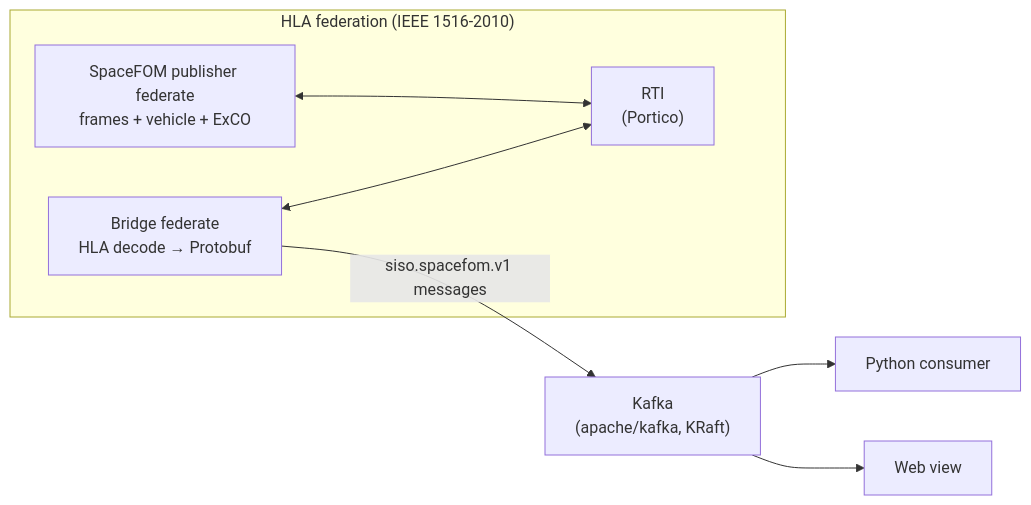
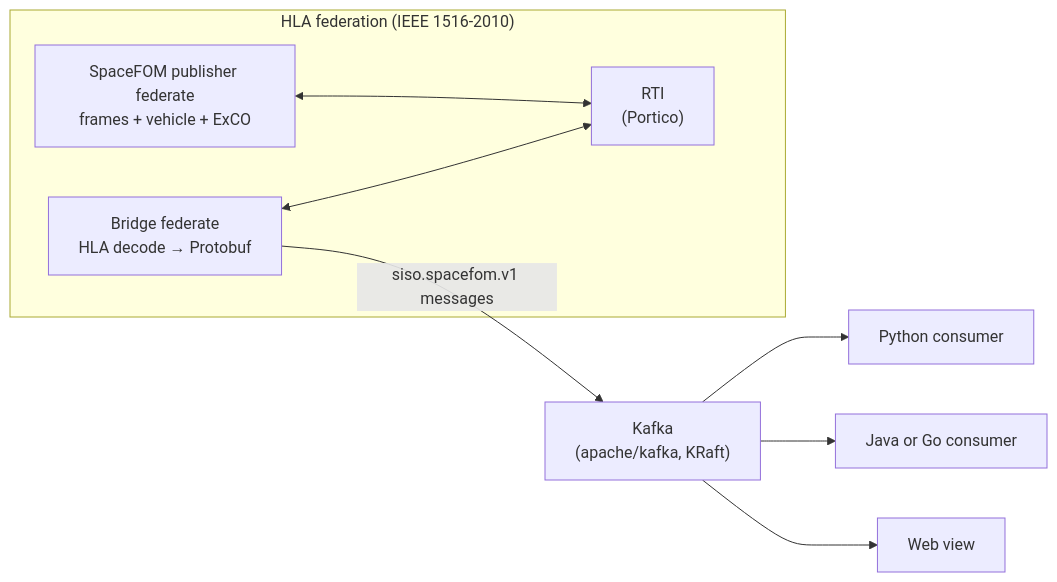
The diagram in docs/plans/docker-demo-plan.md (gsantopaolo/spacefom2-protobuf), drawn with Mermaid before and after one commit. The commit also changed other lines of this file and 1 other file, not shown here.

First line of the commit message:
Demo plan: second-language consumer and a richer web view

````diff
--- a/docs/plans/docker-demo-plan.md
+++ b/docs/plans/docker-demo-plan.md
@@ -9,13 +9,14 @@
 ```mermaid
 flowchart LR
     subgraph HLA["HLA federation (IEEE 1516-2010)"]
         RTI["RTI<br/>(Portico)"]
         PUB["SpaceFOM publisher federate<br/>frames + vehicle + ExCO"]
         BR["Bridge federate<br/>HLA decode → Protobuf"]
         PUB <--> RTI
         BR <--> RTI
     end
     BR -->|"siso.spacefom.v1 messages"| K["Kafka<br/>(apache/kafka, KRaft)"]
     K --> PY["Python consumer"]
+    K --> SVC["Java or Go consumer"]
     K --> WEB["Web view"]
 ```
````
